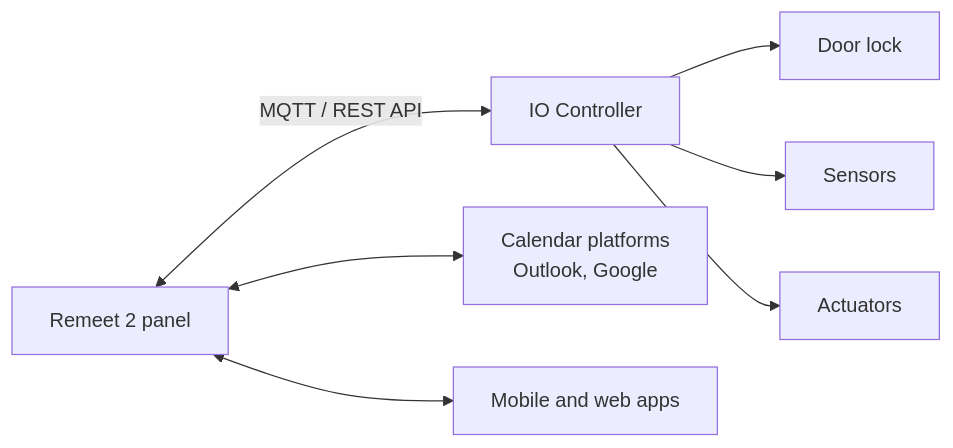
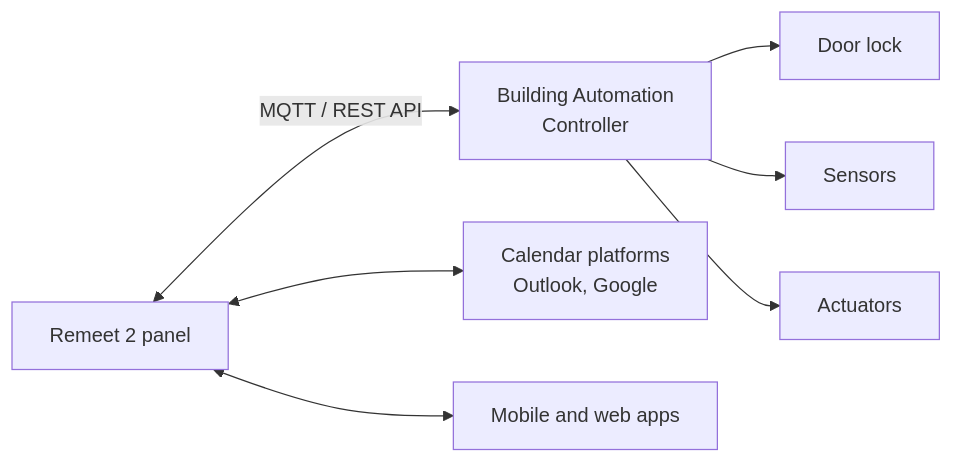
The third of 3 diagrams in README.md (PATEmbedded/Remeet2), drawn with Mermaid before and after one commit. The commit also changed other lines of this file, not shown here.

````diff
--- a/README.md
+++ b/README.md
@@ -261,9 +261,9 @@
 ```mermaid
 flowchart LR
-    R2["Remeet 2 panel"] <-->|"MQTT / REST API"| IOC["IO Controller"]
+    R2["Remeet 2 panel"] <-->|"MQTT / REST API"| IOC["Building Automation<br/>Controller"]
     IOC --> LOCK["Door lock"]
     IOC --> SENS["Sensors"]
     IOC --> ACT["Actuators"]
     R2 <--> CAL["Calendar platforms<br/>Outlook, Google"]
     R2 <--> APPS["Mobile and web apps"]
 ```
````
